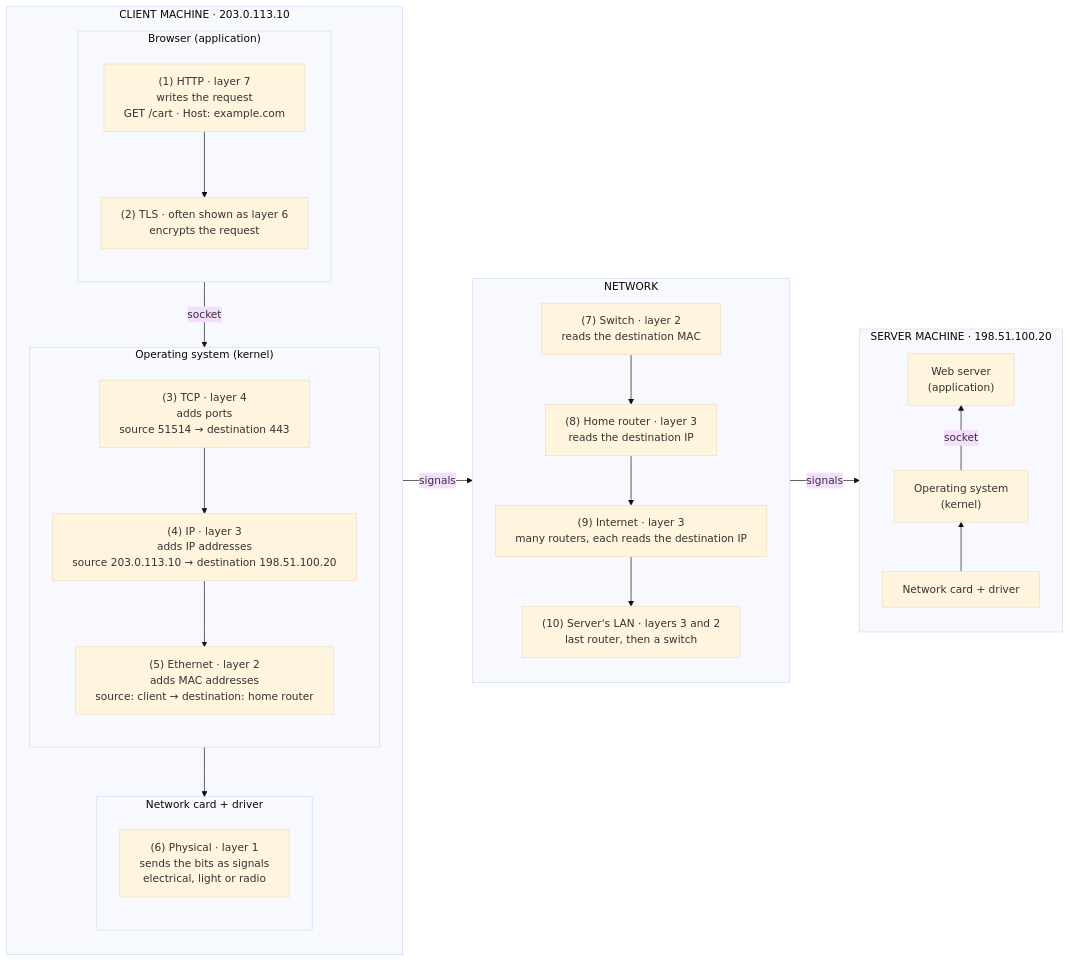
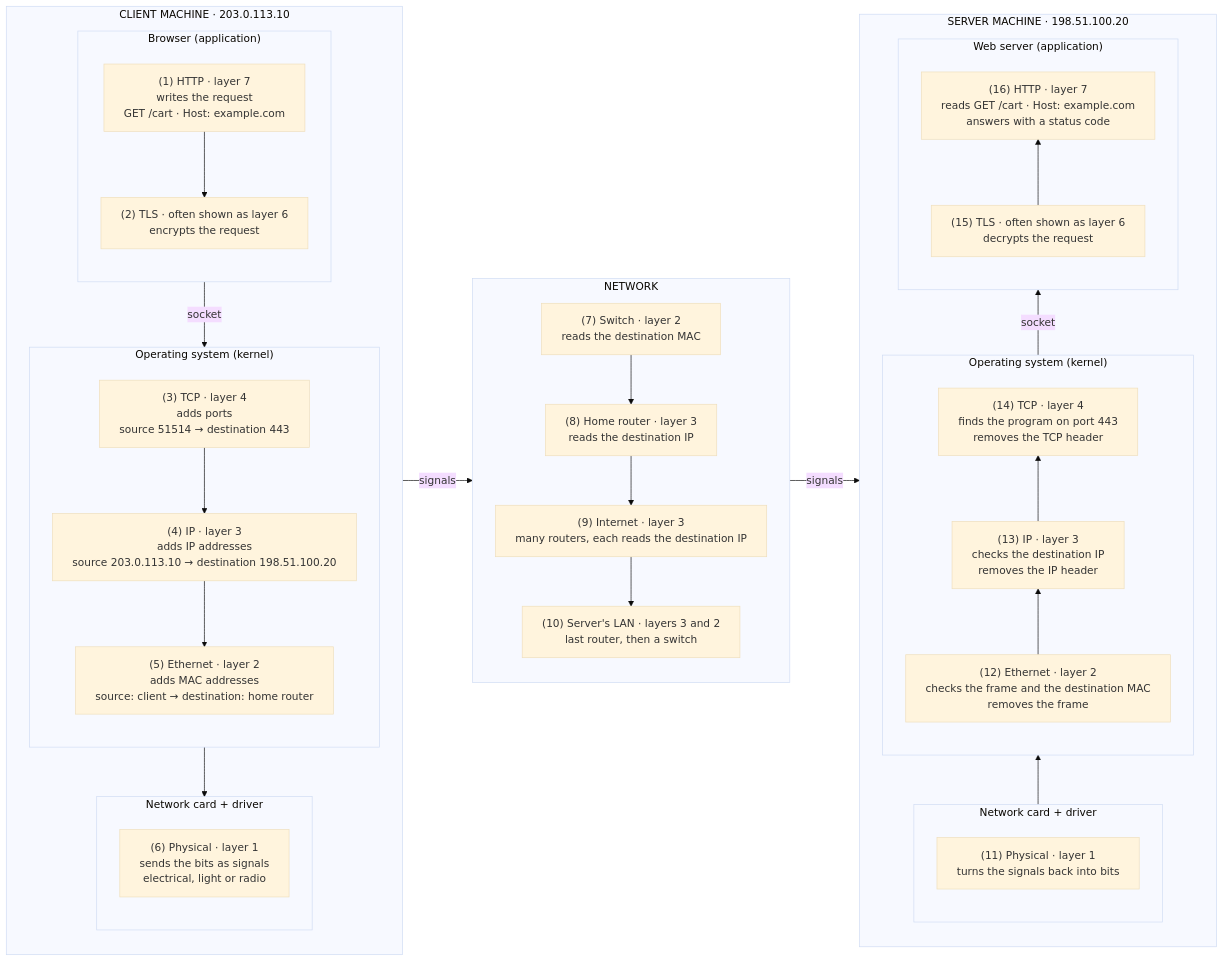
One commit to AndresLopezEsquivel/AWS changed the diagram in topics/networking/networking-fundamentals/https-request-journey.md. Above: the diagram before and after it, drawn with Mermaid (base theme). The commit also changed other lines of this file, not shown here.

Commit message:
docs(networking): add "On the server" to the HTTPS request journey

````diff
--- a/topics/networking/networking-fundamentals/https-request-journey.md
+++ b/topics/networking/networking-fundamentals/https-request-journey.md
@@ -17,32 +17,44 @@
 ```mermaid
 %%{init: {"flowchart": {"wrappingWidth": 420}}}%%
 flowchart LR
     subgraph CLIENT ["CLIENT MACHINE · 203.0.113.10"]
         direction TB
         subgraph C_APP ["Browser (application)"]
             direction TB
             J1["(1) HTTP · layer 7<br/>writes the request<br/>GET /cart · Host: example.com"] --> J2["(2) TLS · often shown as layer 6<br/>encrypts the request"]
         end
         subgraph C_OS ["Operating system (kernel)"]
             direction TB
             J3["(3) TCP · layer 4<br/>adds ports<br/>source 51514 → destination 443"] --> J4["(4) IP · layer 3<br/>adds IP addresses<br/>source 203.0.113.10 → destination 198.51.100.20"] --> J5["(5) Ethernet · layer 2<br/>adds MAC addresses<br/>source: client → destination: home router"]
         end
         subgraph C_NIC ["Network card + driver"]
             direction TB
             J6["(6) Physical · layer 1<br/>sends the bits as signals<br/>electrical, light or radio"]
         end
         C_APP -- socket --> C_OS --> C_NIC
     end
 
     subgraph NET ["NETWORK"]
         direction TB
         SW["(7) Switch · layer 2<br/>reads the destination MAC"] --> R1["(8) Home router · layer 3<br/>reads the destination IP"] --> INET["(9) Internet · layer 3<br/>many routers, each reads the destination IP"] --> LAN["(10) Server's LAN · layers 3 and 2<br/>last router, then a switch"]
     end
 
     subgraph SERVER ["SERVER MACHINE · 198.51.100.20"]
         direction BT
-        S_NIC["Network card + driver"] --> S_OS["Operating system<br/>(kernel)"] -- socket --> S_APP["Web server<br/>(application)"]
+        subgraph S_NIC ["Network card + driver"]
+            direction BT
+            J11["(11) Physical · layer 1<br/>turns the signals back into bits"]
+        end
+        subgraph S_OS ["Operating system (kernel)"]
+            direction BT
+            J12["(12) Ethernet · layer 2<br/>checks the frame and the destination MAC<br/>removes the frame"] --> J13["(13) IP · layer 3<br/>checks the destination IP<br/>removes the IP header"] --> J14["(14) TCP · layer 4<br/>finds the program on port 443<br/>removes the TCP header"]
+        end
+        subgraph S_APP ["Web server (application)"]
+            direction BT
+            J15["(15) TLS · often shown as layer 6<br/>decrypts the request"] --> J16["(16) HTTP · layer 7<br/>reads GET /cart · Host: example.com<br/>answers with a status code"]
+        end
+        S_NIC --> S_OS -- socket --> S_APP
     end
 
     CLIENT -- signals --> NET -- signals --> SERVER
 ```
````
